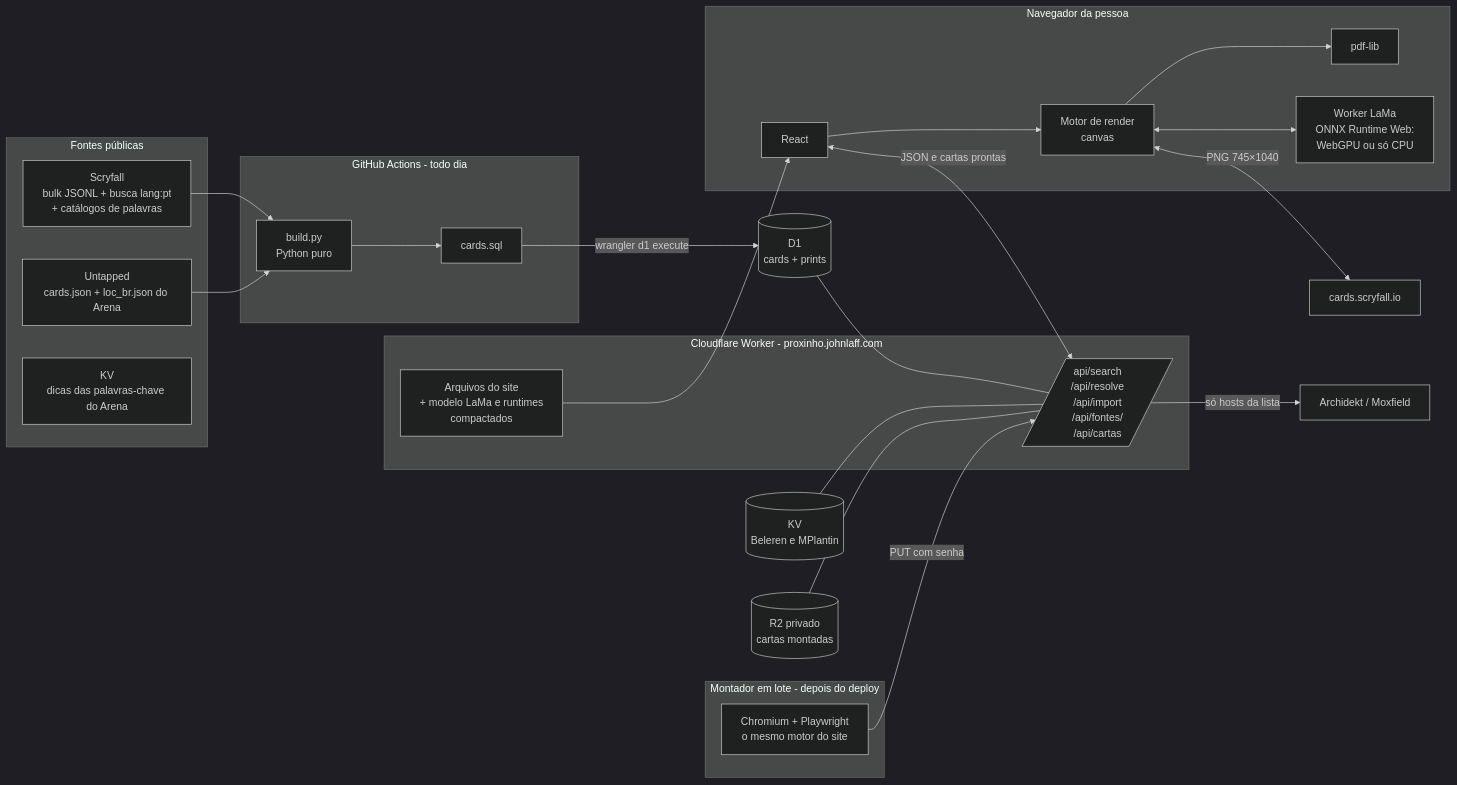
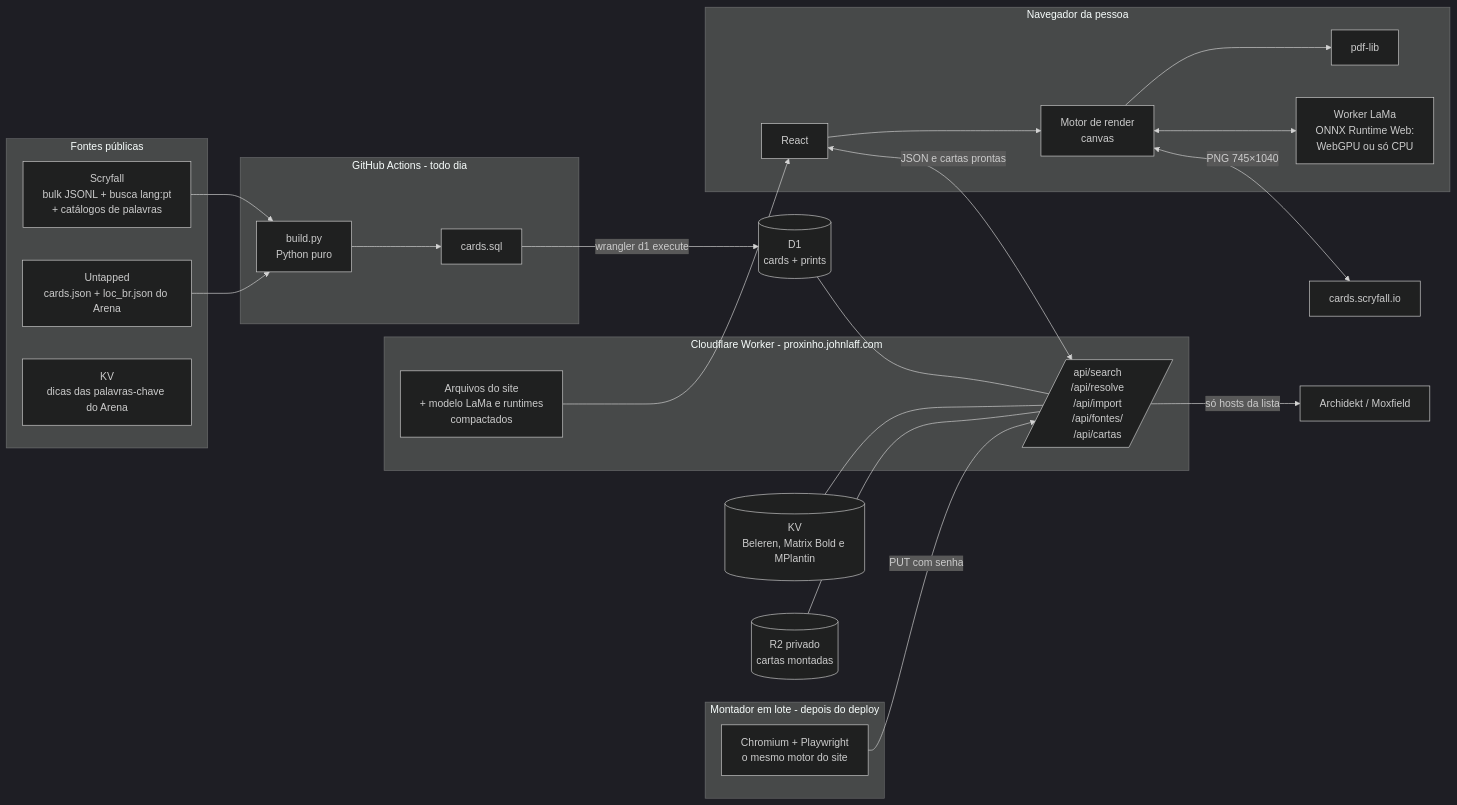
Before and after one commit to johnlaff/Proxinho: the diagram in docs/arquitetura.md, drawn with Mermaid (dark theme). The commit also changed other lines of this file and 22 other files, not shown here.

First line of the commit message:
Moldura de 2003 em português com a Matrix Bold (ADR 0024) e sem a falsa imagem em PT do Scryfall (#6)

````diff
--- a/docs/arquitetura.md
+++ b/docs/arquitetura.md
@@ -5,33 +5,33 @@
 ```mermaid
 flowchart LR
   subgraph Fontes públicas
     S[Scryfall<br/>bulk JSONL + busca lang:pt<br/>+ catálogos de palavras]
     U[Untapped<br/>cards.json + loc_br.json do Arena]
     D[KV<br/>dicas das palavras-chave do Arena]
   end
   subgraph GitHub Actions - todo dia
     P[build.py<br/>Python puro] --> SQL[cards.sql]
   end
   S --> P
   U --> P
   SQL -->|wrangler d1 execute| D1[(D1<br/>cards + prints)]
   subgraph Cloudflare Worker - proxinho.johnlaff.com
     A[/api/search<br/>/api/resolve<br/>/api/import<br/>/api/fontes/<br/>/api/cartas/]
     ST[Arquivos do site<br/>+ modelo LaMa e runtimes<br/>compactados]
   end
   D1 --- A
-  KV[(KV<br/>Beleren e MPlantin)] --- A
+  KV[(KV<br/>Beleren, Matrix Bold e MPlantin)] --- A
   R2[(R2 privado<br/>cartas montadas)] --- A
   subgraph Montador em lote - depois do deploy
     M[Chromium + Playwright<br/>o mesmo motor do site] -->|PUT com senha| A
   end
   subgraph Navegador da pessoa
     UI[React] --> E[Motor de render<br/>canvas]
     E --> PDF[pdf-lib]
     E <--> LW[Worker LaMa<br/>ONNX Runtime Web:<br/>WebGPU ou só CPU]
   end
   UI <-->|JSON e cartas prontas| A
   ST --> UI
   E <-->|PNG 745×1040| CDN[cards.scryfall.io]
   A -->|só hosts da lista| AR[Archidekt / Moxfield]
 ```
````
